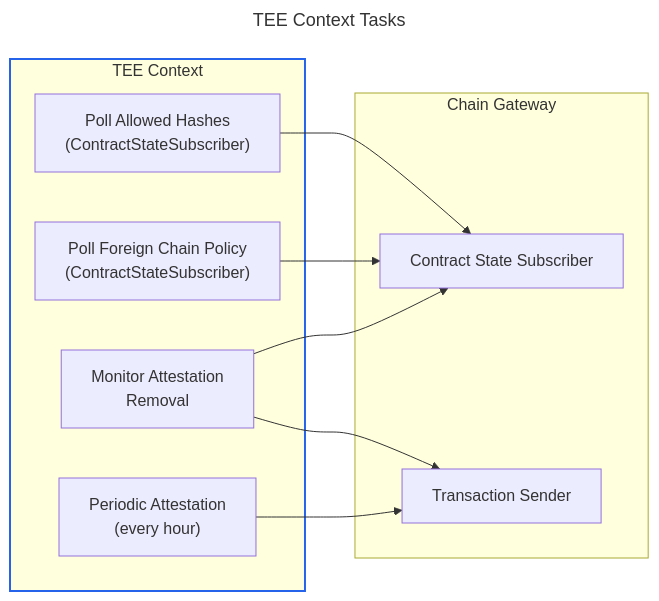
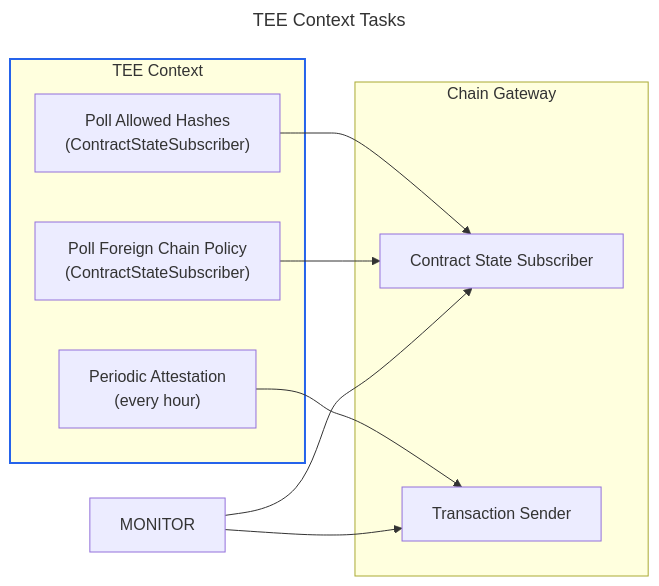
Before and after one commit to near/mpc: the third of 4 diagrams in docs/tee-lifecycle.md, drawn with Mermaid. The commit also changed other lines of this file and 2 other files, not shown here.

````diff
--- a/docs/tee-lifecycle.md
+++ b/docs/tee-lifecycle.md
@@ -156,27 +155,26 @@
 ```mermaid
 ---
 title: TEE Context Tasks
 ---
 flowchart LR
 
 subgraph TEE_CTX["TEE Context"]
     POLL_HASHES["Poll Allowed Hashes<br/>(ContractStateSubscriber)"]
     POLL_FCP["Poll Foreign Chain Policy<br/>(ContractStateSubscriber)"]
-    MONITOR["Monitor Attestation<br/>Removal"]
     ATTEST["Periodic Attestation<br/>(every hour)"]
 end
 
 subgraph CHAIN["Chain Gateway"]
     CSUB["Contract State Subscriber"]
     TSEND["Transaction Sender"]
 end
 
 POLL_HASHES --> CSUB
 POLL_FCP --> CSUB
 ATTEST --> TSEND
 MONITOR --> CSUB
 MONITOR --> TSEND
 
 classDef ctx stroke:#2563eb,stroke-width:2px;
 class TEE_CTX ctx;
 ```
````
